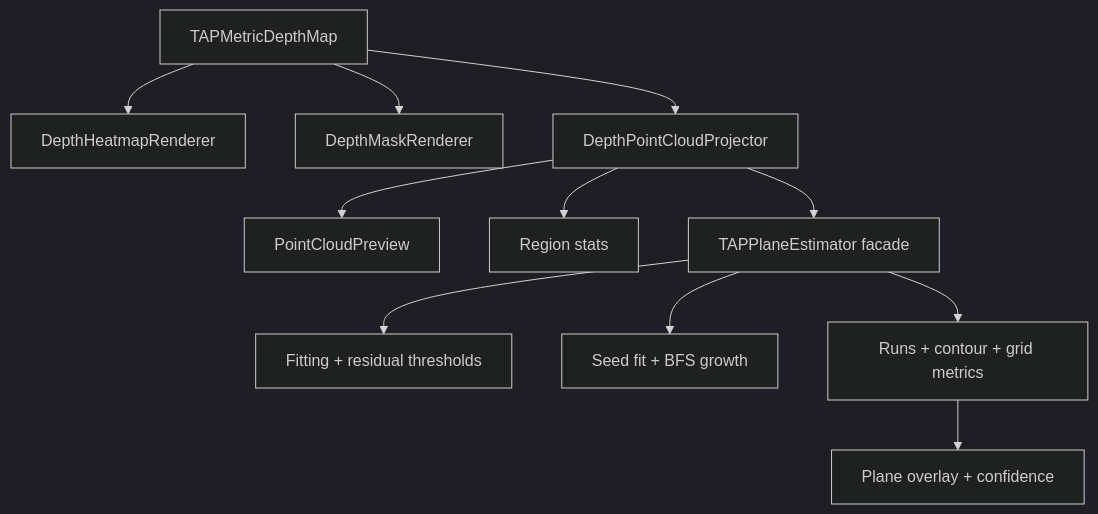
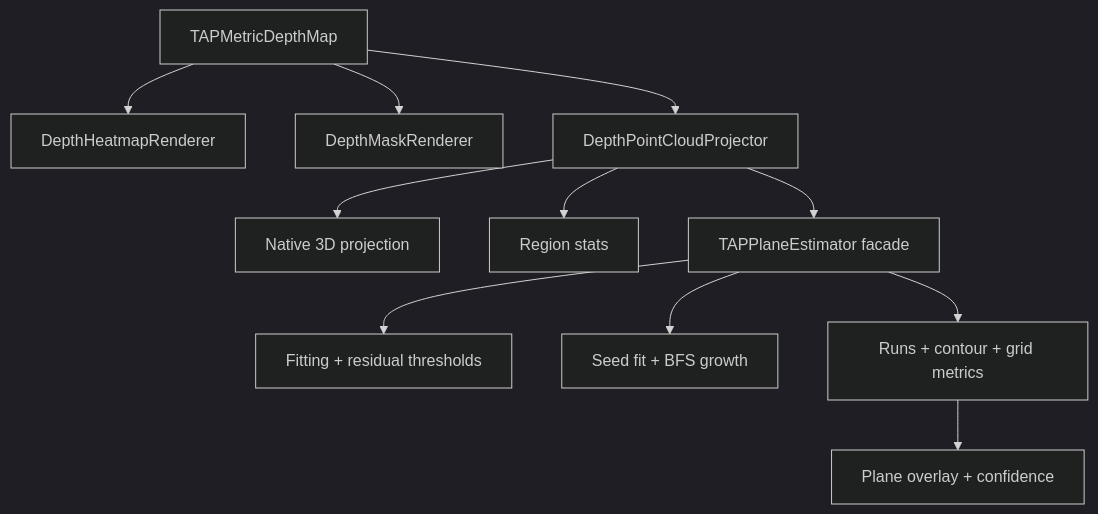
Before and after one commit to TAP-NAP/TAPCamDemo: the diagram in TAPCamDemo/DepthAnalysis/AnalysisTools/README.md, drawn with Mermaid (dark theme). The commit also changed other lines of this file and 21 other files, not shown here.

Commit message:
Refactor capture flow and validation logic

````diff
--- a/TAPCamDemo/DepthAnalysis/AnalysisTools/README.md
+++ b/TAPCamDemo/DepthAnalysis/AnalysisTools/README.md
@@ -23,23 +23,23 @@
 ```mermaid
 flowchart TD
     Map["TAPMetricDepthMap"] --> Heatmap["DepthHeatmapRenderer"]
     Map --> Mask["DepthMaskRenderer"]
     Map --> Projector["DepthPointCloudProjector"]
-    Projector --> Cloud["PointCloudPreview"]
+    Projector --> Projection["Native 3D projection"]
     Projector --> Region["Region stats"]
     Projector --> Plane["TAPPlaneEstimator facade"]
     Plane --> Fit["Fitting + residual thresholds"]
     Plane --> Grow["Seed fit + BFS growth"]
     Plane --> Products["Runs + contour + grid metrics"]
     Products --> Overlay["Plane overlay + confidence"]
 
     click Map "../DepthAnalysisModels.swift"
     click Heatmap "DepthHeatmapRenderer.swift"
     click Mask "DepthMaskRenderer.swift"
     click Projector "DepthPointCloudProjector.swift"
-    click Cloud "DepthPointCloudPreview.swift"
+    click Projection "DepthPointCloudPreview.swift"
     click Plane "DepthPlaneEstimator.swift"
     click Fit "DepthPlaneEstimator+Fitting.swift"
     click Grow "DepthPlaneEstimator+RegionGrowth.swift"
     click Products "DepthPlaneEstimator+RegionOutput.swift"
 ```
````
